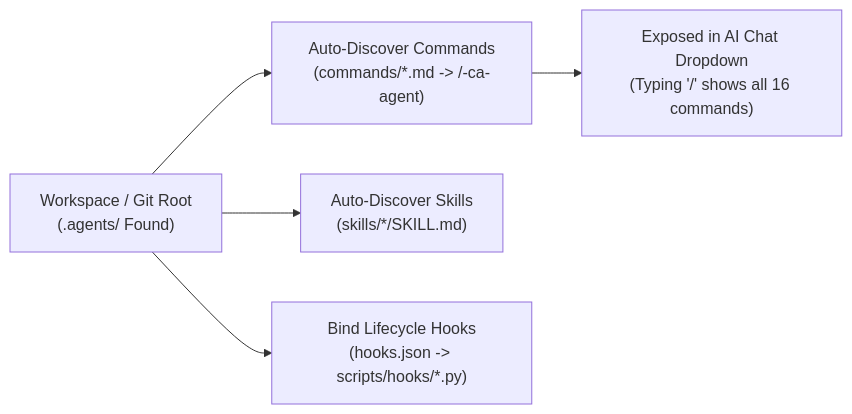
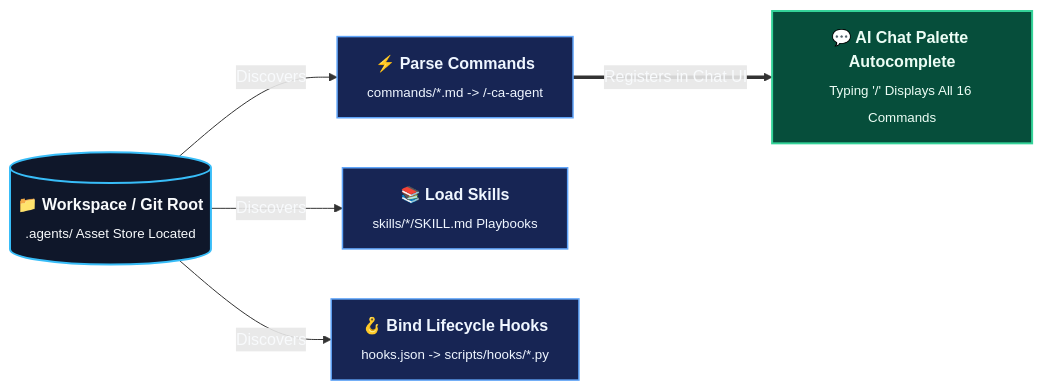
One commit to rmsofficialsyt/Agentic-AI-Vibe-Coding-AND-SDD-TDD-Codebase-Chandan-Adhikary changed the second of 2 diagrams in SDD-TDD-Chandan-Adhikary/Spec-Driven-Development/.agents/README.md. Above: the diagram before and after it, drawn with Mermaid. The commit also changed other lines of this file and 23 other files, not shown here.

Commit message:
docs: redesign diagrams to Eraser.io visual style and regenerate MANIFEST.json

````diff
--- a/SDD-TDD-Chandan-Adhikary/Spec-Driven-Development/.agents/README.md
+++ b/SDD-TDD-Chandan-Adhikary/Spec-Driven-Development/.agents/README.md
@@ -55,8 +58,12 @@
 ```mermaid
 flowchart LR
-    WorkspaceRoot["Workspace / Git Root<br/>(.agents/ Found)"] --> DiscoverCommands["Auto-Discover Commands<br/>(commands/*.md -> /<name>-ca-agent)"]
-    WorkspaceRoot --> DiscoverSkills["Auto-Discover Skills<br/>(skills/*/SKILL.md)"]
-    WorkspaceRoot --> DiscoverHooks["Bind Lifecycle Hooks<br/>(hooks.json -> scripts/hooks/*.py)"]
+    classDef root fill:#0f172a,stroke:#38bdf8,stroke-width:2px,color:#f8fafc;
+    classDef disc fill:#172554,stroke:#60a5fa,stroke-width:1.5px,color:#eff6ff;
+    classDef ui fill:#064e3b,stroke:#34d399,stroke-width:2px,color:#ecfdf5;
 
-    DiscoverCommands --> IDEPalette["Exposed in AI Chat Dropdown<br/>(Typing '/' shows all 16 commands)"]
+    WorkspaceRoot[("<b>📁 Workspace / Git Root</b><br/><sub>.agents/ Asset Store Located</sub>")]:::root -->|"Discovers"| DiscoverCommands["<b>⚡ Parse Commands</b><br/><sub>commands/*.md -> /<name>-ca-agent</sub>"]:::disc
+    WorkspaceRoot -->|"Discovers"| DiscoverSkills["<b>📚 Load Skills</b><br/><sub>skills/*/SKILL.md Playbooks</sub>"]:::disc
+    WorkspaceRoot -->|"Discovers"| DiscoverHooks["<b>🪝 Bind Lifecycle Hooks</b><br/><sub>hooks.json -> scripts/hooks/*.py</sub>"]:::disc
+
+    DiscoverCommands ==>|"Registers in Chat UI"| IDEPalette["<b>💬 AI Chat Palette Autocomplete</b><br/><sub>Typing '/' Displays All 16 Commands</sub>"]:::ui
 ```
````
